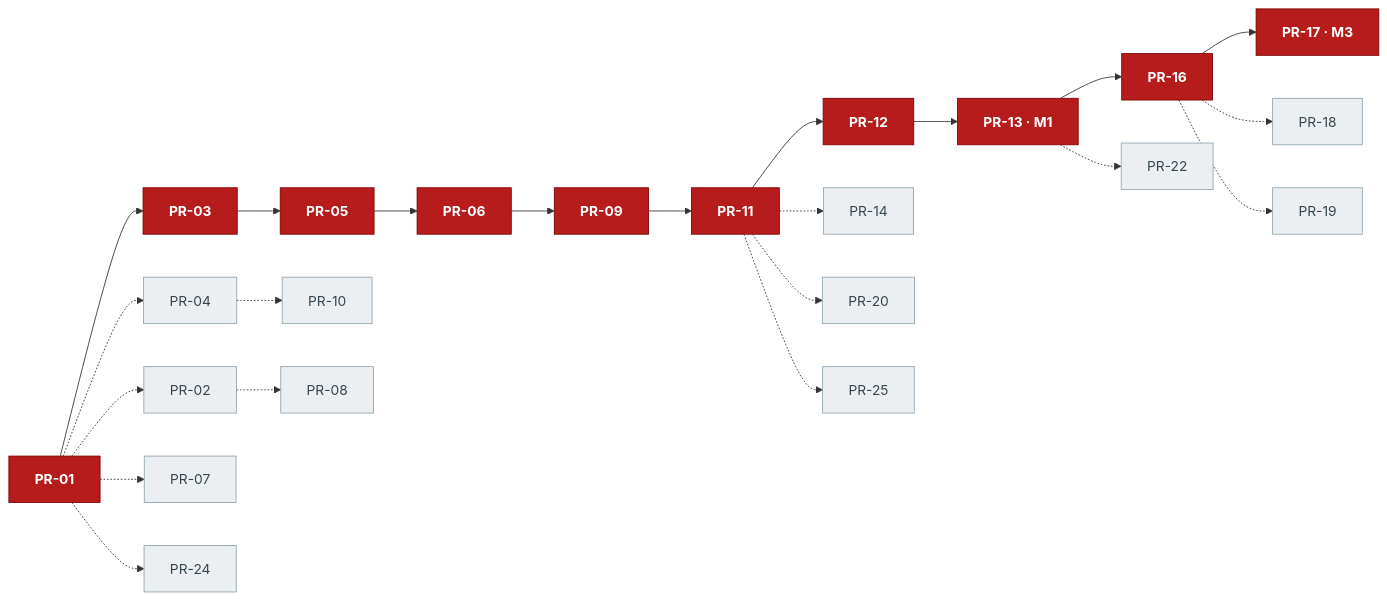
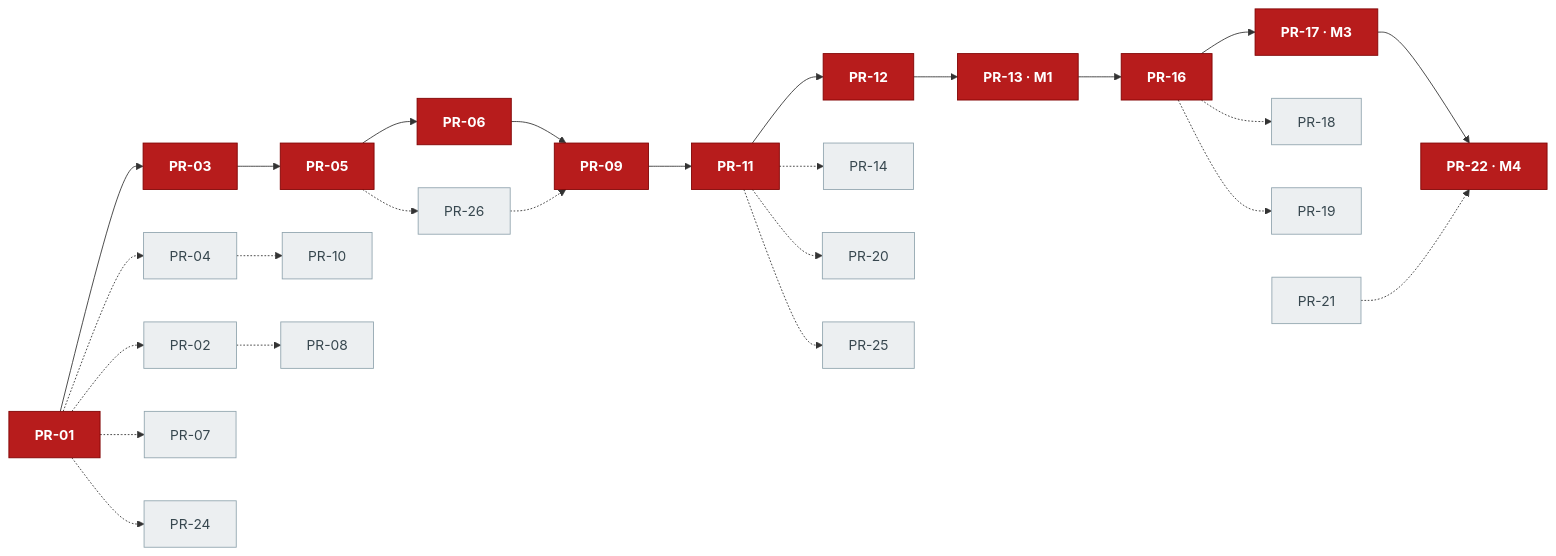
One commit to Zarlanx/loom changed the diagram in docs/build/parallelization.md. Above: the diagram before and after it, drawn with Mermaid. The commit also changed other lines of this file and 3 other files, not shown here.

````diff
--- a/docs/build/parallelization.md
+++ b/docs/build/parallelization.md
@@ -104,17 +104,18 @@
 ```mermaid
 flowchart LR
-    P01["PR-01"] --> P03["PR-03"] --> P05["PR-05"] --> P06["PR-06"] --> P09["PR-09"] --> P11["PR-11"] --> P12["PR-12"] --> P13["PR-13 · M1"] --> P16["PR-16"] --> P17["PR-17 · M3"]
+    P01["PR-01"] --> P03["PR-03"] --> P05["PR-05"] --> P06["PR-06"] --> P09["PR-09"] --> P11["PR-11"] --> P12["PR-12"] --> P13["PR-13 · M1"] --> P16["PR-16"] --> P17["PR-17 · M3"] --> P22["PR-22 · M4"]
 
     %% width hanging off the spine — finishes behind it, never ahead
     P01 -.-> P02["PR-02"] & P04["PR-04"] & P07["PR-07"] & P24["PR-24"]
     P04 -.-> P10["PR-10"]
     P02 -.-> P08["PR-08"]
+    P05 -.-> P26["PR-26"] -.-> P09
     P11 -.-> P14["PR-14"] & P20["PR-20"] & P25["PR-25"]
     P16 -.-> P18["PR-18"] & P19["PR-19"]
-    P13 -.-> P22["PR-22"]
+    P21["PR-21"] -.-> P22
 
     classDef crit fill:#b71c1c,stroke:#7f0000,color:#fff,font-weight:bold;
     classDef width fill:#eceff1,stroke:#90a4ae,color:#37474f;
-    class P01,P03,P05,P06,P09,P11,P12,P13,P16,P17 crit;
-    class P02,P04,P07,P24,P10,P08,P14,P20,P25,P18,P19,P22 width;
+    class P01,P03,P05,P06,P09,P11,P12,P13,P16,P17,P22 crit;
+    class P02,P04,P07,P24,P10,P08,P26,P14,P20,P25,P18,P19,P21 width;
 ```
````
